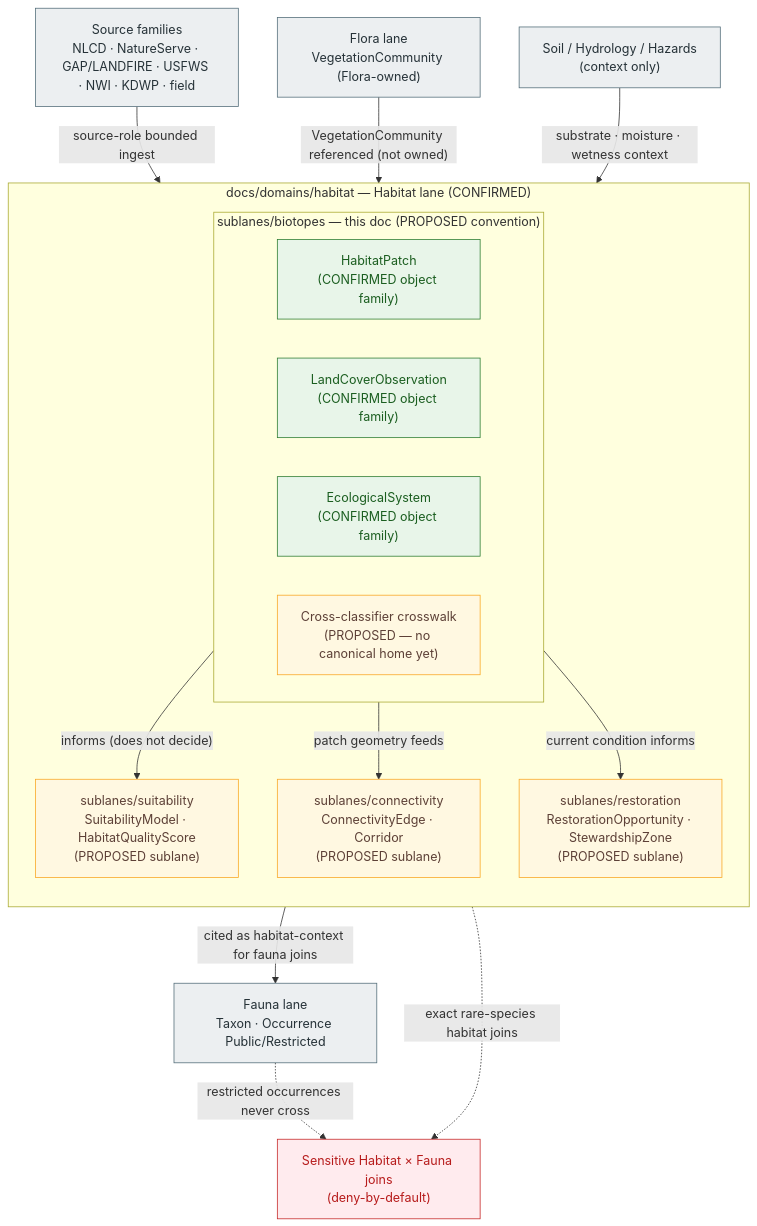
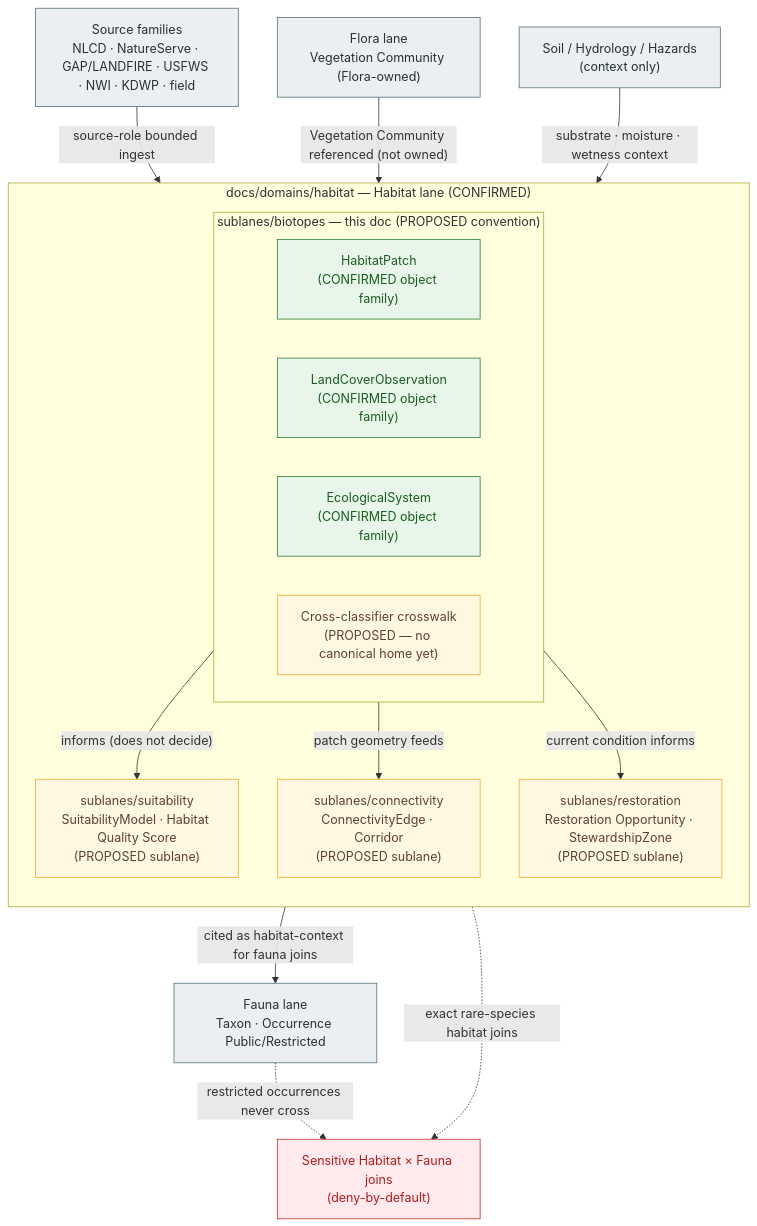
Before and after one commit to bartytime4life/Kansas-Frontier-Matrix: the diagram in docs/domains/habitat/sublanes/biotopes.md, drawn with Mermaid. The commit also changed other lines of this file, not shown here.

````diff
--- a/docs/domains/habitat/sublanes/biotopes.md
+++ b/docs/domains/habitat/sublanes/biotopes.md
@@ -186,37 +198,37 @@
 ```mermaid
 flowchart TB
   classDef cf fill:#e8f5e9,stroke:#2e7d32,color:#1b5e20
   classDef prop fill:#fff8e1,stroke:#f9a825,color:#5d4037
   classDef ext fill:#eceff1,stroke:#546e7a,color:#263238
   classDef deny fill:#ffebee,stroke:#c62828,color:#b71c1c
 
   subgraph HABITAT["docs/domains/habitat — Habitat lane (CONFIRMED)"]
     direction TB
     subgraph BIO["sublanes/biotopes — this doc (PROPOSED convention)"]
       HP["HabitatPatch<br/>(CONFIRMED object family)"]:::cf
       LC["LandCoverObservation<br/>(CONFIRMED object family)"]:::cf
       ES["EcologicalSystem<br/>(CONFIRMED object family)"]:::cf
       CW["Cross-classifier crosswalk<br/>(PROPOSED — no canonical home yet)"]:::prop
     end
-    SUIT["sublanes/suitability<br/>SuitabilityModel · HabitatQualityScore<br/>(PROPOSED sublane)"]:::prop
+    SUIT["sublanes/suitability<br/>SuitabilityModel · Habitat Quality Score<br/>(PROPOSED sublane)"]:::prop
     CONN["sublanes/connectivity<br/>ConnectivityEdge · Corridor<br/>(PROPOSED sublane)"]:::prop
-    REST["sublanes/restoration<br/>RestorationOpportunity · StewardshipZone<br/>(PROPOSED sublane)"]:::prop
+    REST["sublanes/restoration<br/>Restoration Opportunity · StewardshipZone<br/>(PROPOSED sublane)"]:::prop
   end
 
   FAUNA["Fauna lane<br/>Taxon · Occurrence Public/Restricted"]:::ext
-  FLORA["Flora lane<br/>VegetationCommunity (Flora-owned)"]:::ext
+  FLORA["Flora lane<br/>Vegetation Community (Flora-owned)"]:::ext
   SOIL["Soil / Hydrology / Hazards<br/>(context only)"]:::ext
   SRC["Source families<br/>NLCD · NatureServe · GAP/LANDFIRE · USFWS · NWI · KDWP · field"]:::ext
 
   SRC -- "source-role bounded ingest" --> BIO
   BIO -- "cited as habitat-context for fauna joins" --> FAUNA
-  FLORA -- "VegetationCommunity referenced (not owned)" --> BIO
+  FLORA -- "Vegetation Community referenced (not owned)" --> BIO
   SOIL -- "substrate · moisture · wetness context" --> BIO
   BIO -- "informs (does not decide)" --> SUIT
   BIO -- "patch geometry feeds" --> CONN
   BIO -- "current condition informs" --> REST
 
   SENS["Sensitive Habitat × Fauna joins<br/>(deny-by-default)"]:::deny
   BIO -. "exact rare-species habitat joins" .-> SENS
   FAUNA -. "restricted occurrences never cross" .-> SENS
 ```
````
